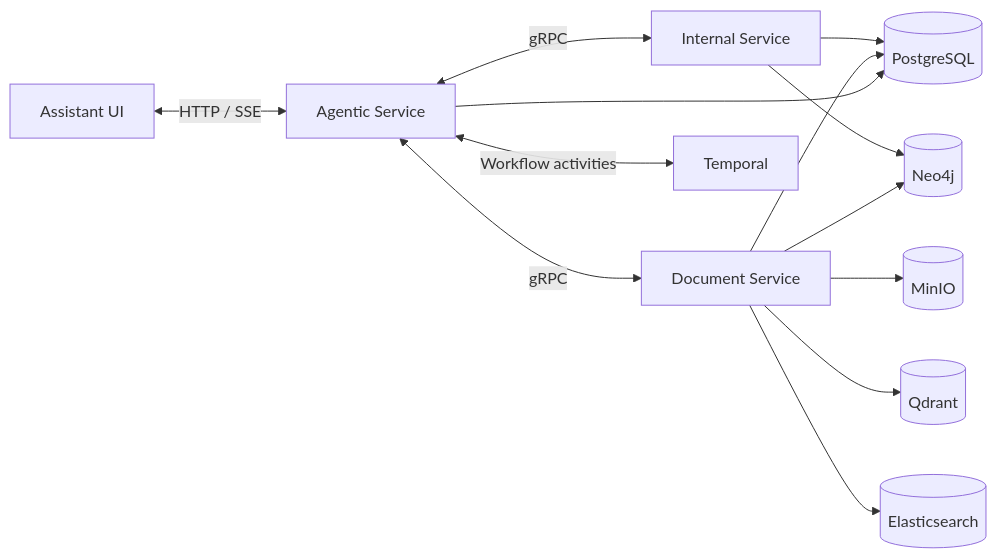
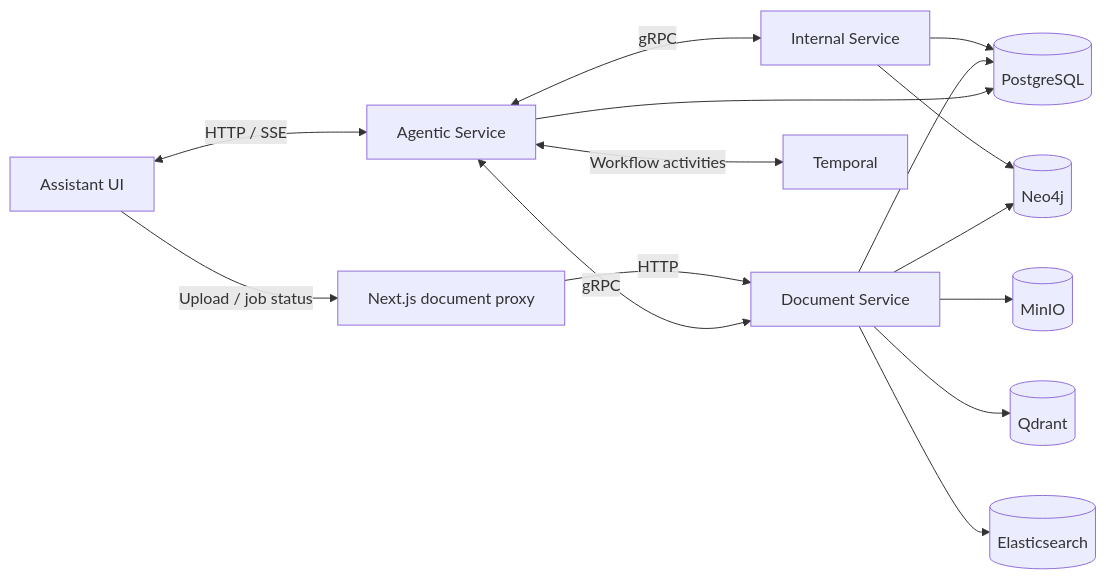
One commit to zqf20096327/ai_collect changed the first of 2 diagrams in data/readmes/hashedgrey__Sparrow-x.md. Above: the diagram before and after it, drawn with Mermaid. The commit also changed other lines of this file and 1908 other files, not shown here.

````diff
--- a/data/readmes/hashedgrey__Sparrow-x.md
+++ b/data/readmes/hashedgrey__Sparrow-x.md
@@ -31,15 +36,17 @@
 ```mermaid
 flowchart LR
     UI[Assistant UI] <-->|HTTP / SSE| AG[Agentic Service]
+    UI -->|Upload / job status| WEB[Next.js document proxy]
+    WEB -->|HTTP| DOC[Document Service]
     AG <-->|gRPC| IN[Internal Service]
-    AG <-->|gRPC| DOC[Document Service]
+    AG <-->|gRPC| DOC
     AG <-->|Workflow activities| TEMP[Temporal]
     IN --> PG[(PostgreSQL)]
     IN --> NEO[(Neo4j)]
     DOC --> PG
     DOC --> OBJ[(MinIO)]
     DOC --> VEC[(Qdrant)]
     DOC --> ES[(Elasticsearch)]
     DOC --> NEO
     AG --> PG
 ```
````
